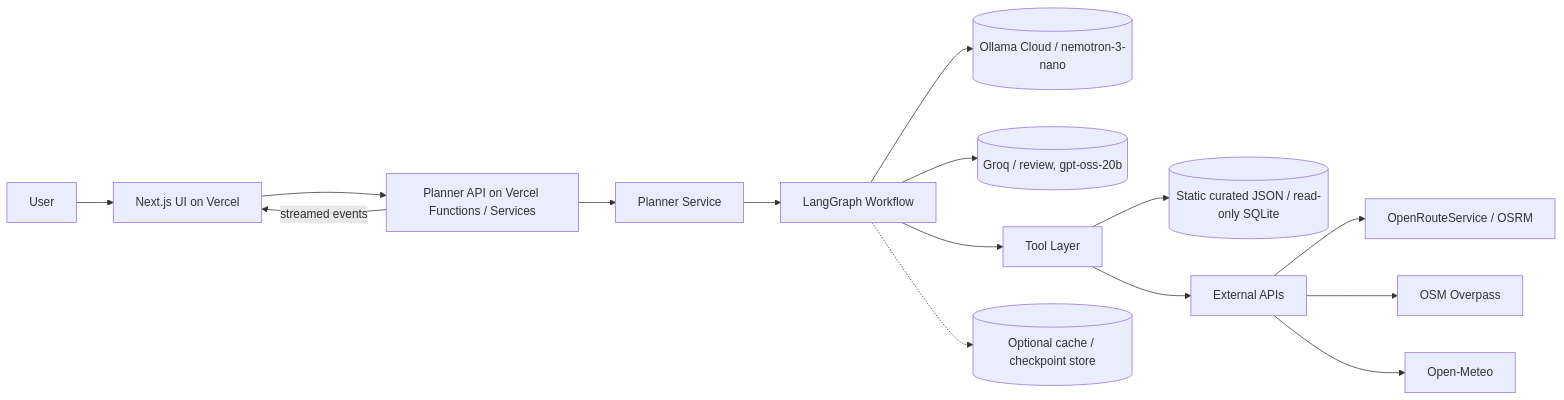
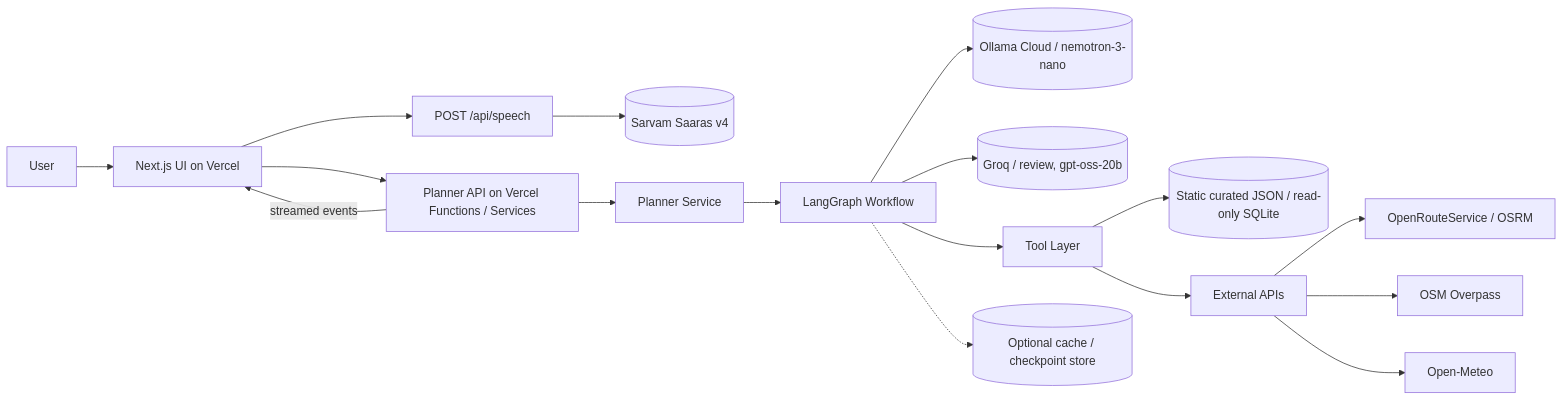
The first of 3 diagrams in docs/architecture.md (DeepakAg1234/dubai-multiagent-travel-planner), drawn with Mermaid before and after one commit. The commit also changed other lines of this file and 19 other files, not shown here.

````diff
--- a/docs/architecture.md
+++ b/docs/architecture.md
@@ -27,17 +28,19 @@
 ```mermaid
 flowchart LR
     U[User] --> UI[Next.js UI on Vercel]
+    UI --> SPEECH["POST /api/speech"]
+    SPEECH --> SARVAM[(Sarvam Saaras v4)]
     UI --> API[Planner API on Vercel Functions / Services]
     API --> SVC[Planner Service]
     SVC --> G[LangGraph Workflow]
     G --> OLLAMA[(Ollama Cloud / nemotron-3-nano)]
     G --> GROQ[(Groq / review, gpt-oss-20b)]
     G --> TOOLS[Tool Layer]
     TOOLS --> LOCAL[(Static curated JSON / read-only SQLite)]
     TOOLS --> EXT[External APIs]
     EXT --> ORS[OpenRouteService / OSRM]
     EXT --> OSM[OSM Overpass]
     EXT --> OM[Open-Meteo]
     G -.-> STORE[(Optional cache / checkpoint store)]
     API -- streamed events --> UI
 ```
````
